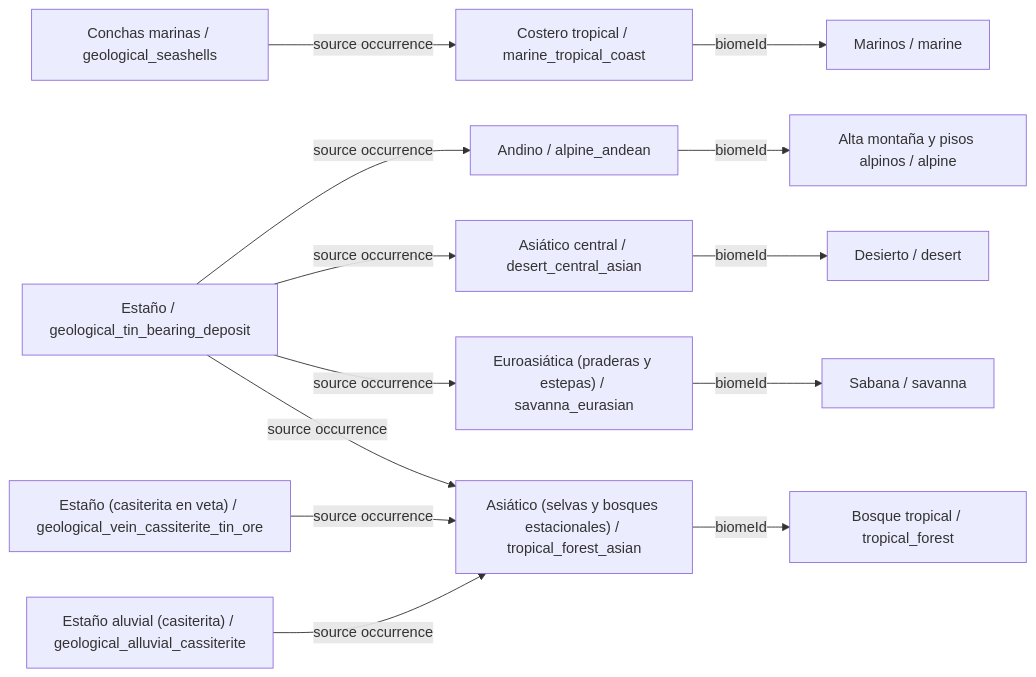
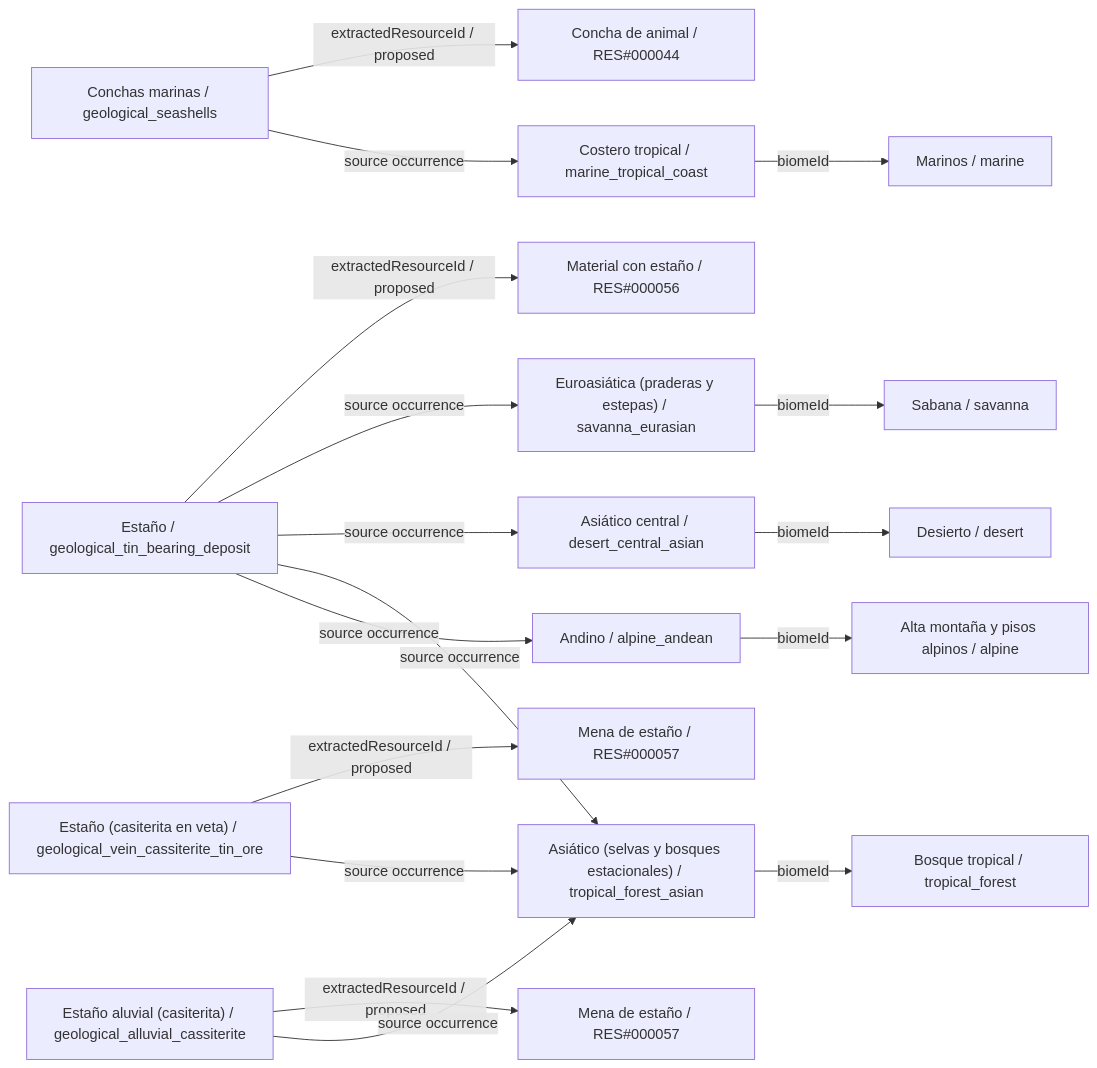
The fifth of 15 diagrams in data/minerals/DIAGRAMS.es.md (fgabo404/EvolveDoc), drawn with Mermaid before and after one commit. The commit also changed other lines of this file and 50 other files, not shown here.

````diff
--- a/data/minerals/DIAGRAMS.es.md
+++ b/data/minerals/DIAGRAMS.es.md
@@ -337,29 +369,37 @@
 ```mermaid
 flowchart LR
     c0["Conchas marinas / geological_seashells"]
     v19["Costero tropical / marine_tropical_coast"]
     b5["Marinos / marine"]
+    r0["Concha de animal / RES#000044"]
     c1["Estaño / geological_tin_bearing_deposit"]
     v2["Asiático (selvas y bosques estacionales) / tropical_forest_asian"]
     b0["Bosque tropical / tropical_forest"]
     v13["Euroasiática (praderas y estepas) / savanna_eurasian"]
     b3["Sabana / savanna"]
     v17["Asiático central / desert_central_asian"]
     b4["Desierto / desert"]
     v23["Andino / alpine_andean"]
     b6["Alta montaña y pisos alpinos / alpine"]
+    r1["Material con estaño / RES#000056"]
     c2["Estaño (casiterita en veta) / geological_vein_cassiterite_tin_ore"]
+    r2["Mena de estaño / RES#000057"]
     c3["Estaño aluvial (casiterita) / geological_alluvial_cassiterite"]
+    r3["Mena de estaño / RES#000057"]
+    c0 -->|extractedResourceId / proposed| r0
     c0 -->|source occurrence| v19
+    c1 -->|extractedResourceId / proposed| r1
     c1 -->|source occurrence| v13
     c1 -->|source occurrence| v17
     c1 -->|source occurrence| v2
     c1 -->|source occurrence| v23
+    c2 -->|extractedResourceId / proposed| r2
     c2 -->|source occurrence| v2
+    c3 -->|extractedResourceId / proposed| r3
     c3 -->|source occurrence| v2
     v13 -->|biomeId| b3
     v17 -->|biomeId| b4
     v19 -->|biomeId| b5
     v2 -->|biomeId| b0
     v23 -->|biomeId| b6
 ```
````
